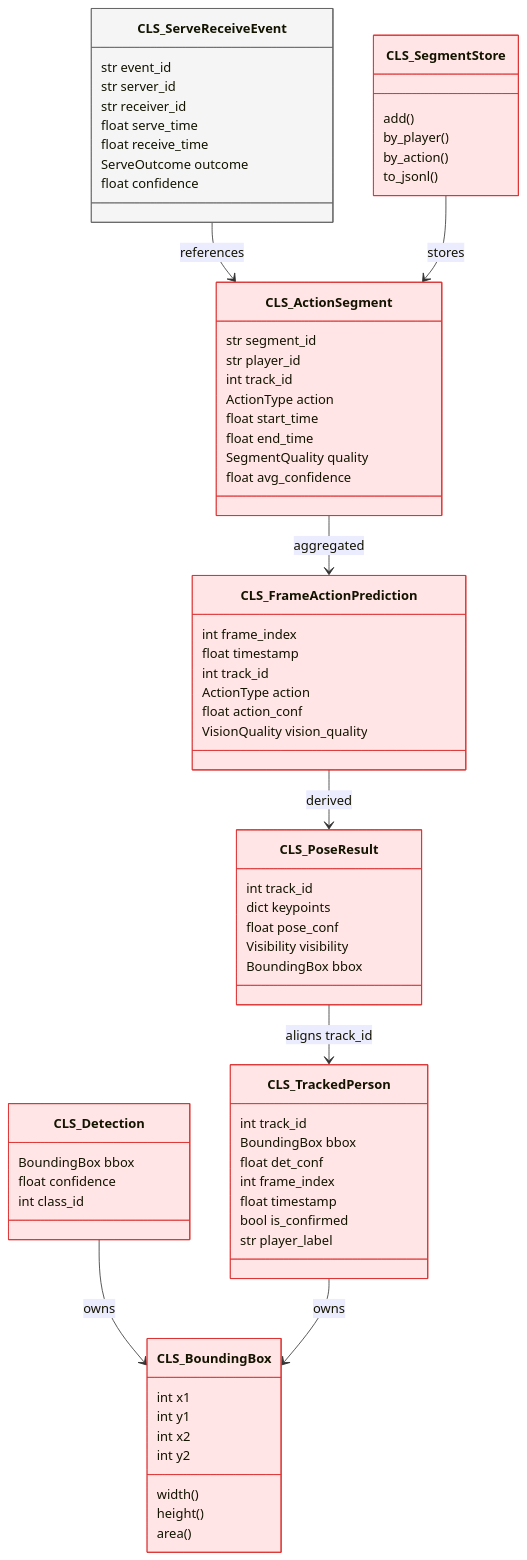
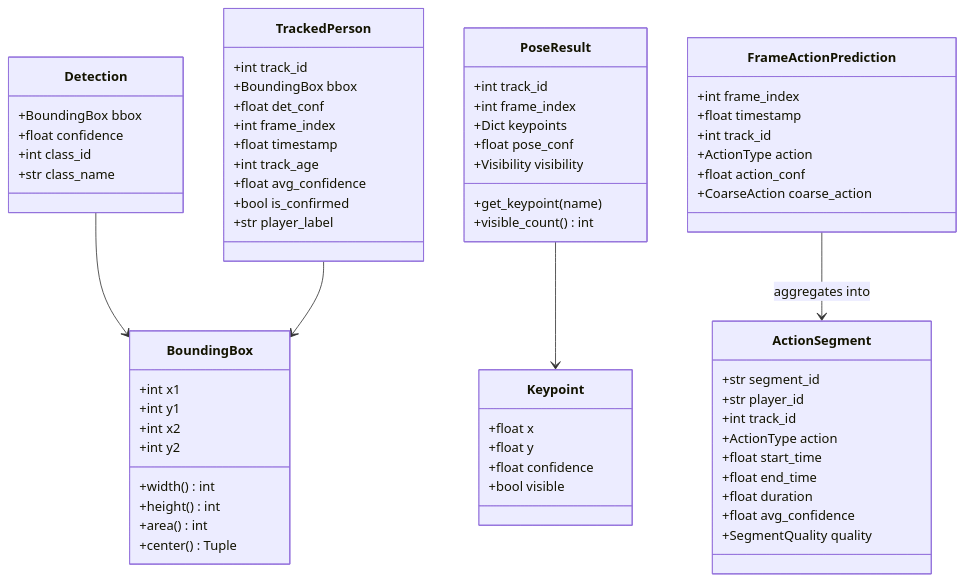
Before and after one commit to sumanthne1/vAnalytics: the tenth of 21 diagrams in architecture.md, drawn with Mermaid. The commit also changed other lines of this file and 82 other files, not shown here.

````diff
--- a/architecture.md
+++ b/architecture.md
@@ -222,80 +518,75 @@
 ```mermaid
 classDiagram
-    class CLS_BoundingBox:::critical {
-        int x1
-        int y1
-        int x2
-        int y2
-        width()
-        height()
-        area()
-    }
-    class CLS_Detection:::critical {
-        BoundingBox bbox
-        float confidence
-        int class_id
-    }
-    class CLS_TrackedPerson:::critical {
-        int track_id
-        BoundingBox bbox
-        float det_conf
-        int frame_index
-        float timestamp
-        bool is_confirmed
-        str player_label
-    }
-    class CLS_PoseResult:::critical {
-        int track_id
-        dict keypoints
-        float pose_conf
-        Visibility visibility
-        BoundingBox bbox
-    }
-    class CLS_FrameActionPrediction:::critical {
-        int frame_index
-        float timestamp
-        int track_id
-        ActionType action
-        float action_conf
-        VisionQuality vision_quality
-    }
-    class CLS_ActionSegment:::critical {
-        str segment_id
-        str player_id
-        int track_id
-        ActionType action
-        float start_time
-        float end_time
-        SegmentQuality quality
-        float avg_confidence
-    }
-    class CLS_ServeReceiveEvent:::noncritical {
-        str event_id
-        str server_id
-        str receiver_id
-        float serve_time
-        float receive_time
-        ServeOutcome outcome
-        float confidence
-    }
-    class CLS_SegmentStore:::critical {
-        add()
-        by_player()
-        by_action()
-        to_jsonl()
+    class BoundingBox {
+        +int x1
+        +int y1
+        +int x2
+        +int y2
+        +width() int
+        +height() int
+        +area() int
+        +center() Tuple
     }
 
-    CLS_Detection --> CLS_BoundingBox : owns
-    CLS_TrackedPerson --> CLS_BoundingBox : owns
-    CLS_PoseResult --> CLS_TrackedPerson : aligns track_id
-    CLS_FrameActionPrediction --> CLS_PoseResult : derived
-    CLS_ActionSegment --> CLS_FrameActionPrediction : aggregated
-    CLS_ServeReceiveEvent --> CLS_ActionSegment : references
-    CLS_SegmentStore --> CLS_ActionSegment : stores
+    class Detection {
+        +BoundingBox bbox
+        +float confidence
+        +int class_id
+        +str class_name
+    }
 
-    classDef critical fill:#ffe5e5,stroke:#d33,stroke-width:1px;
-    classDef noncritical fill:#f5f5f5,stroke:#666,stroke-width:1px;
-    classDef storage fill:#e5f0ff,stroke:#3366cc,stroke-width:1px;
-    classDef external fill:#fff4d6,stroke:#d6a700,stroke-width:1px;
-    classDef memory fill:#f0e5ff,stroke:#8a2be2,stroke-width:1px;
+    class TrackedPerson {
+        +int track_id
+        +BoundingBox bbox
+        +float det_conf
+        +int frame_index
+        +float timestamp
+        +int track_age
+        +float avg_confidence
+        +bool is_confirmed
+        +str player_label
+    }
+
+    class Keypoint {
+        +float x
+        +float y
+        +float confidence
+        +bool visible
+    }
+
+    class PoseResult {
+        +int track_id
+        +int frame_index
+        +Dict keypoints
+        +float pose_conf
+        +Visibility visibility
+        +get_keypoint(name)
+        +visible_count() int
+    }
+
+    class FrameActionPrediction {
+        +int frame_index
+        +float timestamp
+        +int track_id
+        +ActionType action
+        +float action_conf
+        +CoarseAction coarse_action
+    }
+
+    class ActionSegment {
+        +str segment_id
+        +str player_id
+        +int track_id
+        +ActionType action
+        +float start_time
+        +float end_time
+        +float duration
+        +float avg_confidence
+        +SegmentQuality quality
+    }
+
+    Detection --> BoundingBox
+    TrackedPerson --> BoundingBox
+    PoseResult --> Keypoint
+    FrameActionPrediction --> ActionSegment : aggregates into
 ```
````
